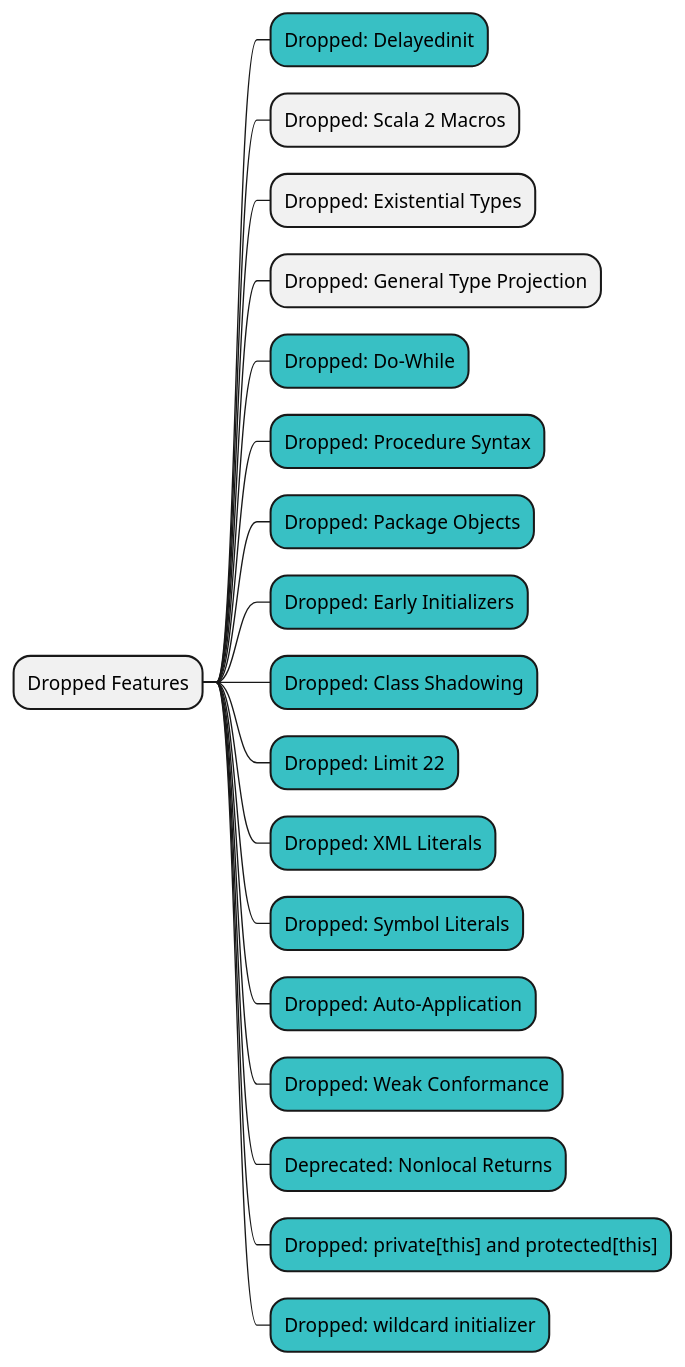
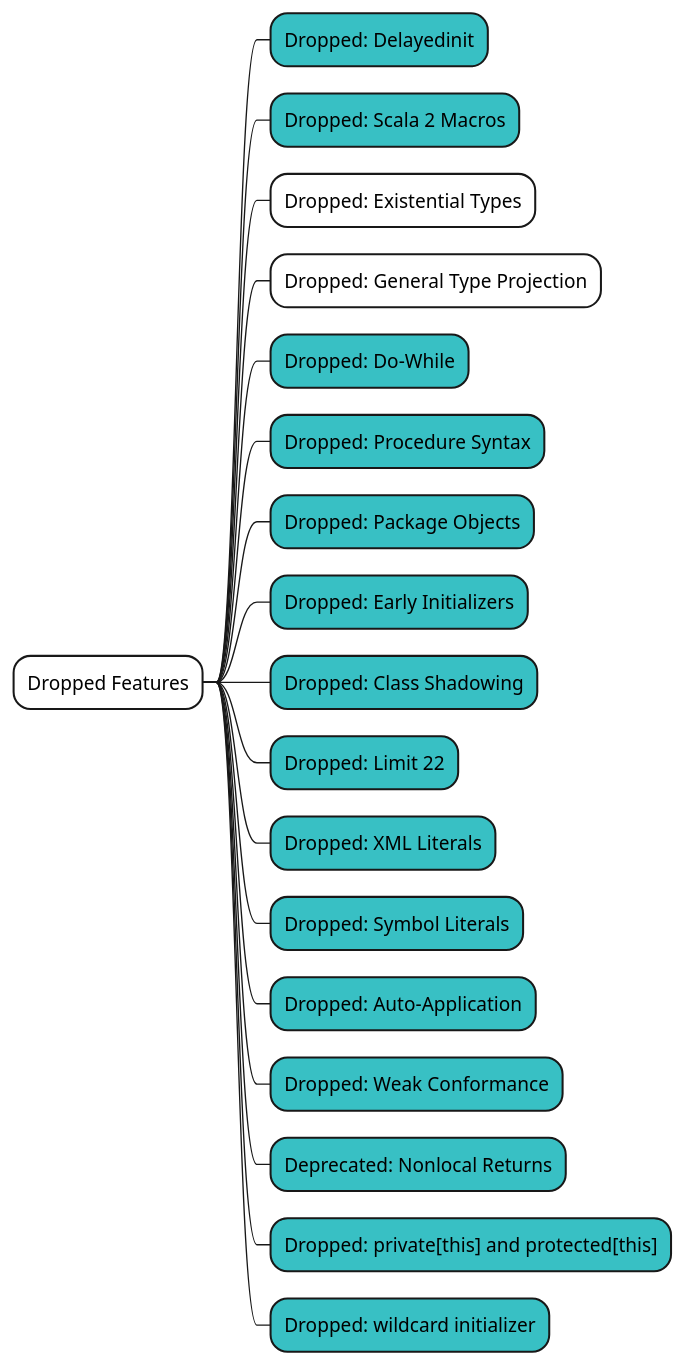
Before and after one commit to shinharad/getting-started-with-scala3: the eighth of 8 diagrams in docs/step01/03_Referenceを俯瞰してみる.md, drawn with PlantUML. The commit also changed other lines of this file and 16 other files, not shown here.

````diff
--- a/docs/step01/03_Referenceを俯瞰してみる.md
+++ b/docs/step01/03_Referenceを俯瞰してみる.md
@@ -172,22 +173,22 @@
 ```plantuml
 @startmindmap
-* Dropped Features
+*[#fff] Dropped Features
 **[#38c0c4] Dropped: Delayedinit
-** Dropped: Scala 2 Macros
-** Dropped: Existential Types
-** Dropped: General Type Projection
+**[#38c0c4] Dropped: Scala 2 Macros
+**[#fff] Dropped: Existential Types
+**[#fff] Dropped: General Type Projection
 **[#38c0c4] Dropped: Do-While
 **[#38c0c4] Dropped: Procedure Syntax
 **[#38c0c4] Dropped: Package Objects
 **[#38c0c4] Dropped: Early Initializers
 **[#38c0c4] Dropped: Class Shadowing
 **[#38c0c4] Dropped: Limit 22
 **[#38c0c4] Dropped: XML Literals
 **[#38c0c4] Dropped: Symbol Literals
 **[#38c0c4] Dropped: Auto-Application
 **[#38c0c4] Dropped: Weak Conformance
 **[#38c0c4] Deprecated: Nonlocal Returns
 **[#38c0c4] Dropped: private[this] and protected[this]
 **[#38c0c4] Dropped: wildcard initializer
 @endmindmap
 ```
````
